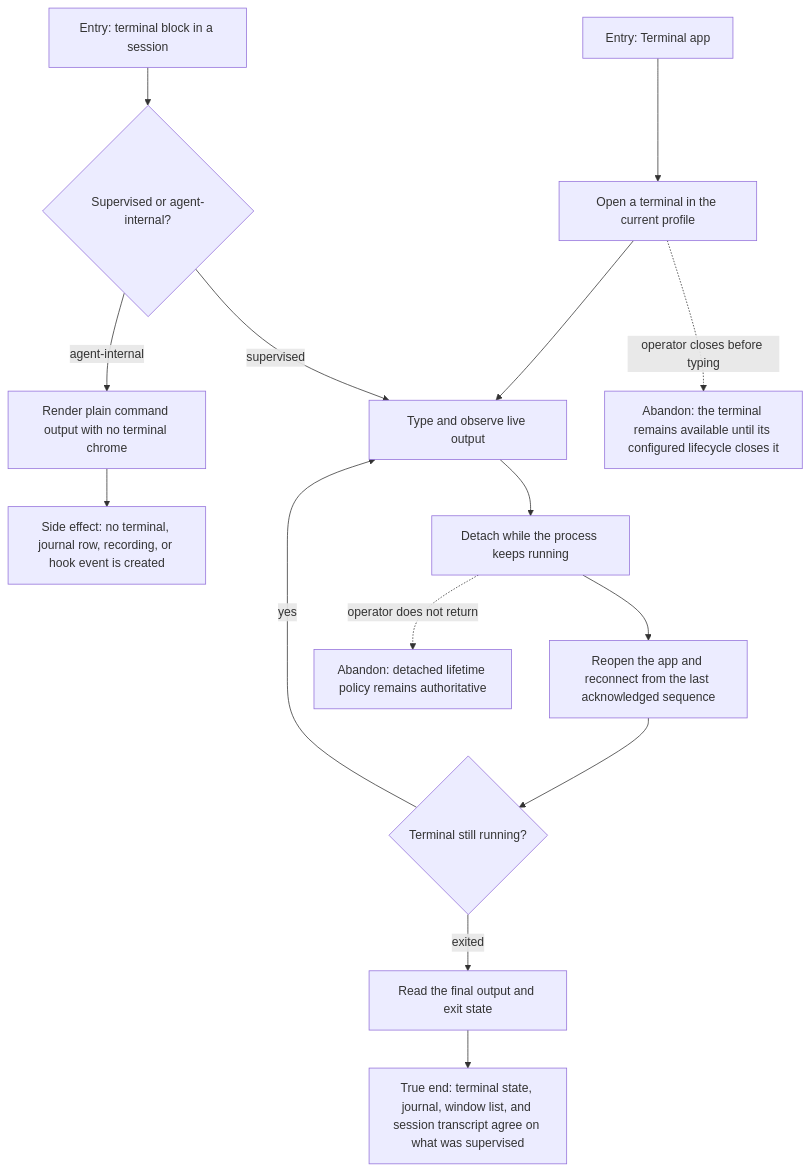
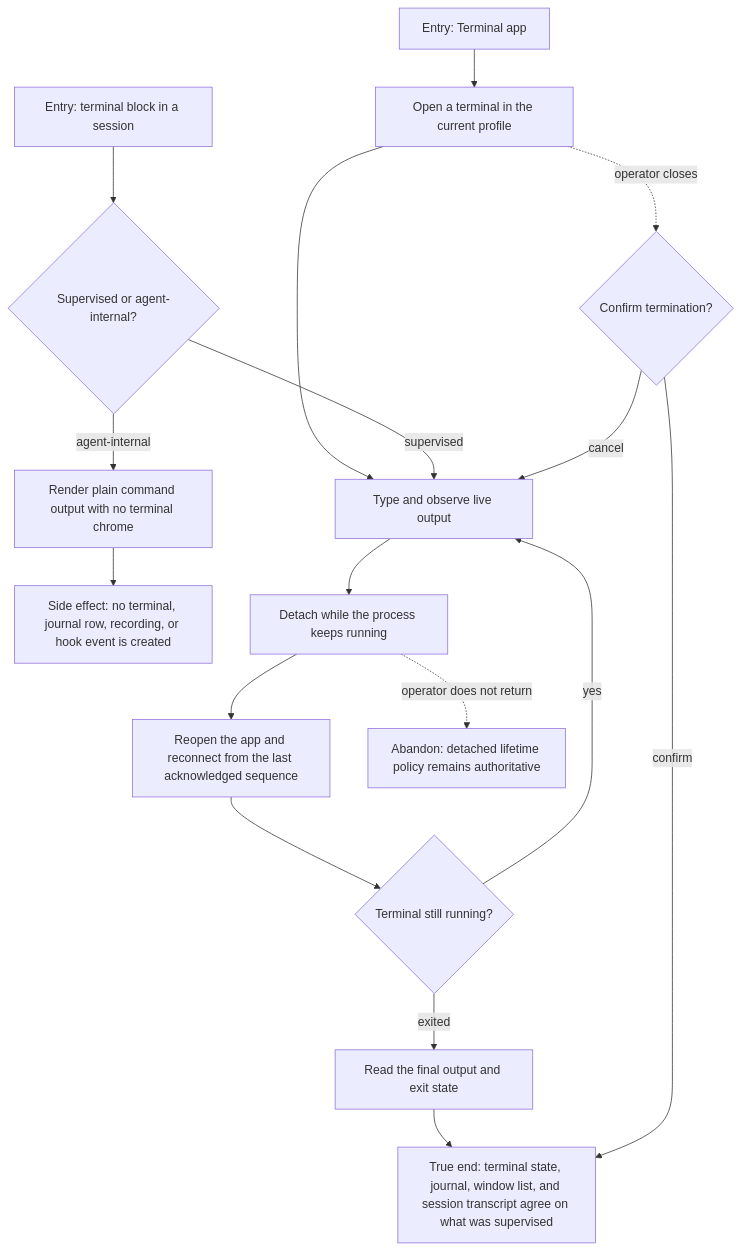
The diagram in docs/qa/journeys/J-operate-integrated-terminal.md (compozy/compozy), drawn with Mermaid before and after one commit. The commit also changed other lines of this file and 21 other files, not shown here.

First line of the commit message:
fix: confirm terminal termination when closing windows (#597)

````diff
--- a/docs/qa/journeys/J-operate-integrated-terminal.md
+++ b/docs/qa/journeys/J-operate-integrated-terminal.md
@@ -6,17 +6,19 @@
 ```mermaid
 flowchart TD
   A1[Entry: Terminal app] --> B[Open a terminal in the current profile]
   A2[Entry: terminal block in a session] --> C{Supervised or agent-internal?}
   B --> D[Type and observe live output]
   C -->|supervised| D
   C -->|agent-internal| R[Render plain command output with no terminal chrome]
   R --> R1[Side effect: no terminal, journal row, recording, or hook event is created]
   D --> E[Detach while the process keeps running]
   E --> F[Reopen the app and reconnect from the last acknowledged sequence]
   F --> G{Terminal still running?}
   G -->|yes| D
   G -->|exited| H[Read the final output and exit state]
   H --> Z[True end: terminal state, journal, window list, and session transcript agree on what was supervised]
-  B -.->|operator closes before typing| X1[Abandon: the terminal remains available until its configured lifecycle closes it]
+  B -.->|operator closes| X1{Confirm termination?}
+  X1 -->|cancel| D
+  X1 -->|confirm| Z
   E -.->|operator does not return| X2[Abandon: detached lifetime policy remains authoritative]
 ```
````
